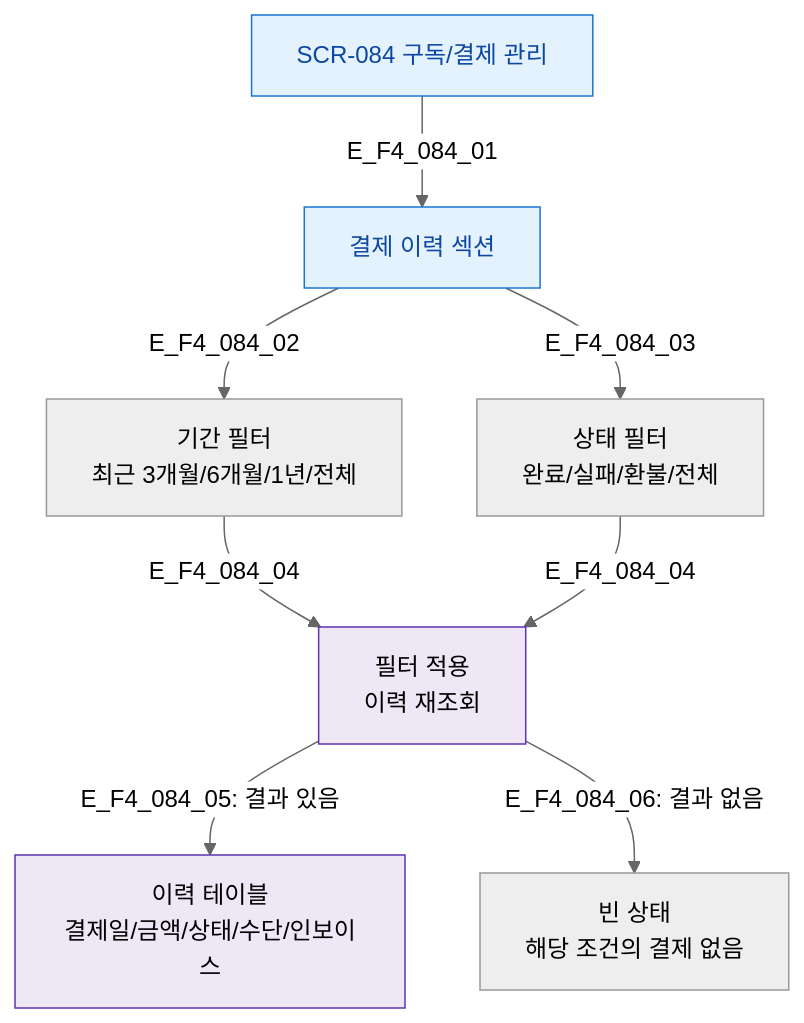
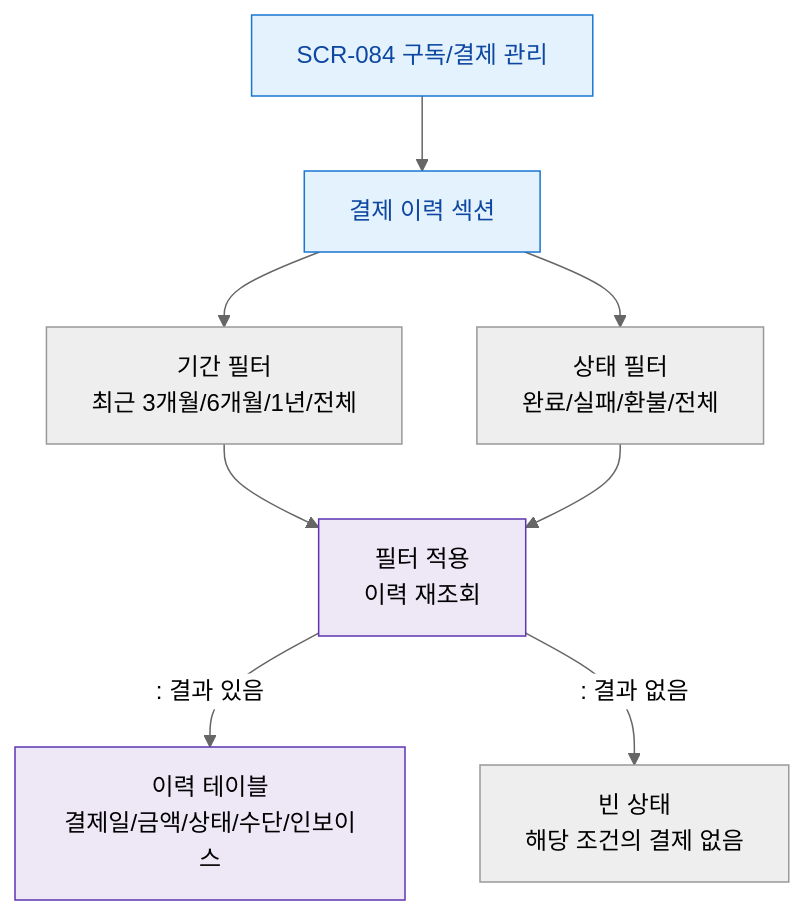
One commit to dev-spogym/admin-pando changed the diagram in docs/다이어그램/D09_설정관리/SCR-084_구독결제관리/F4_필터검색정렬.md. Above: the diagram before and after it, drawn with Mermaid (neutral theme). The commit also changed other lines of this file and 1660 other files, not shown here.

First line of the commit message:
다이어그램: 기획자/클라이언트 납품본으로 정리

````diff
--- a/docs/다이어그램/D09_설정관리/SCR-084_구독결제관리/F4_필터검색정렬.md
+++ b/docs/다이어그램/D09_설정관리/SCR-084_구독결제관리/F4_필터검색정렬.md
@@ -14,17 +12,17 @@
 ```mermaid
 flowchart TD
     SCR084[SCR-084 구독/결제 관리]
-    SCR084 -->|E_F4_084_01| HistorySection[결제 이력 섹션]
+    SCR084 --> HistorySection[결제 이력 섹션]
 
-    HistorySection -->|E_F4_084_02| DateFilter[기간 필터\n최근 3개월/6개월/1년/전체]
-    HistorySection -->|E_F4_084_03| StatusFilter[상태 필터\n완료/실패/환불/전체]
+    HistorySection --> DateFilter[기간 필터\n최근 3개월/6개월/1년/전체]
+    HistorySection --> StatusFilter[상태 필터\n완료/실패/환불/전체]
 
-    DateFilter & StatusFilter -->|E_F4_084_04| FilterApply[필터 적용\n이력 재조회]
-    FilterApply -->|"E_F4_084_05: 결과 있음"| HistoryTable[이력 테이블\n결제일/금액/상태/수단/인보이스]
-    FilterApply -->|"E_F4_084_06: 결과 없음"| EmptyHistory[빈 상태\n해당 조건의 결제 없음]
+    DateFilter & StatusFilter --> FilterApply[필터 적용\n이력 재조회]
+    FilterApply -->|": 결과 있음"|HistoryTable[이력 테이블\n결제일/금액/상태/수단/인보이스]
+    FilterApply -->|": 결과 없음"|EmptyHistory[빈 상태\n해당 조건의 결제 없음]
 
     classDef screen fill:#E3F2FD,stroke:#1976D2,color:#0D47A1
     classDef system fill:#EDE7F6,stroke:#5E35B2
     class SCR084,HistorySection screen
     class FilterApply,HistoryTable system
 ```
````
